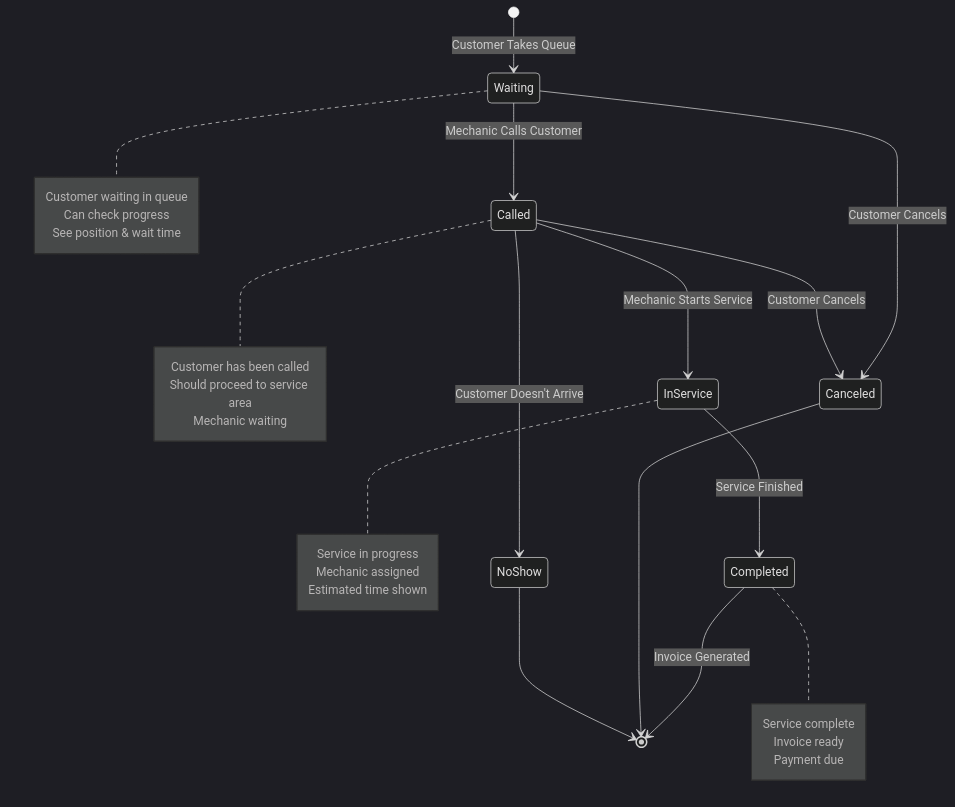
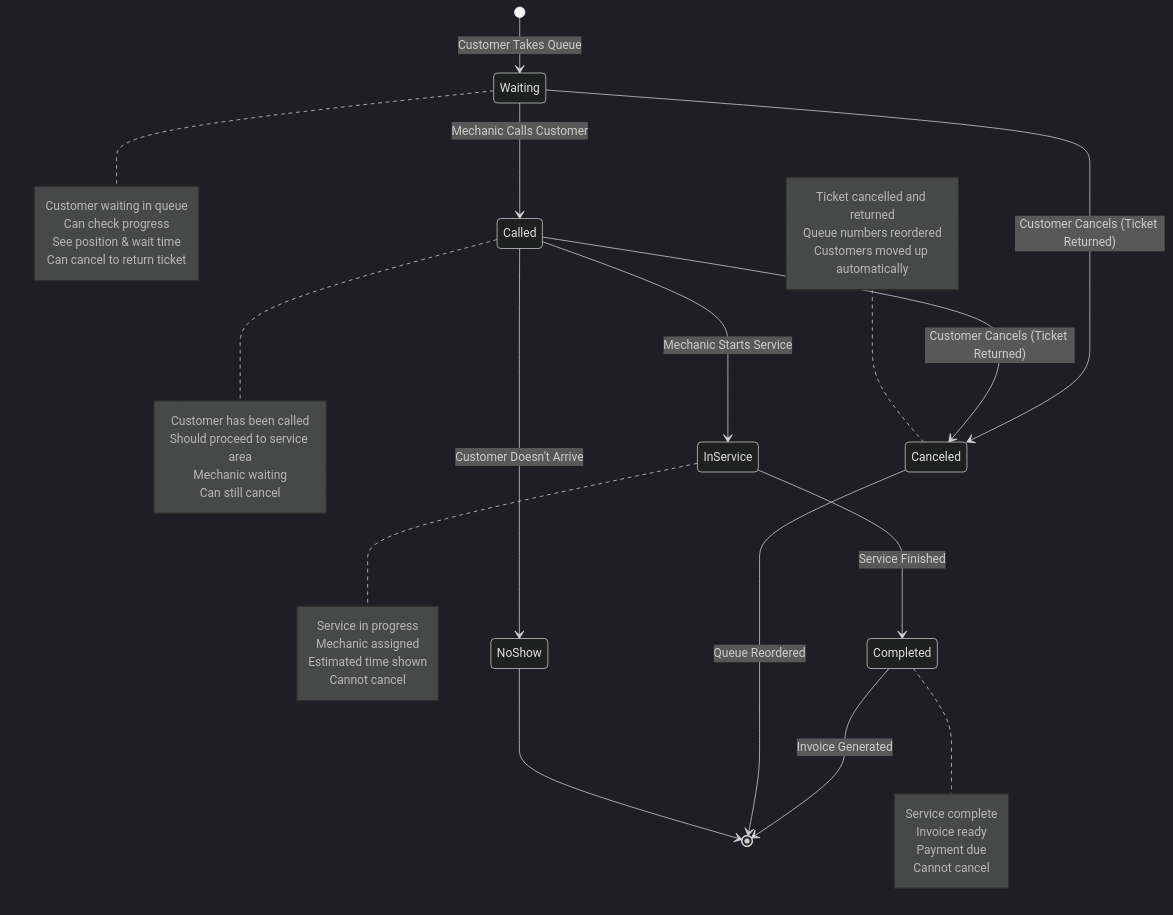
Before and after one commit to kuahbanyak/go-crud: the fifth of 6 diagrams in FLOWCHARTS.md, drawn with Mermaid (dark theme). The commit also changed other lines of this file and 42 other files, not shown here.

````diff
--- a/FLOWCHARTS.md
+++ b/FLOWCHARTS.md
@@ -286,41 +279,51 @@
 ```mermaid
 stateDiagram-v2
     [*] --> Waiting: Customer Takes Queue
     
     Waiting --> Called: Mechanic Calls Customer
-    Waiting --> Canceled: Customer Cancels
+    Waiting --> Canceled: Customer Cancels (Ticket Returned)
     
     Called --> InService: Mechanic Starts Service
     Called --> NoShow: Customer Doesn't Arrive
-    Called --> Canceled: Customer Cancels
+    Called --> Canceled: Customer Cancels (Ticket Returned)
     
     InService --> Completed: Service Finished
     
     Completed --> [*]: Invoice Generated
-    Canceled --> [*]
+    Canceled --> [*]: Queue Reordered
     NoShow --> [*]
     
     note right of Waiting
         Customer waiting in queue
         Can check progress
         See position & wait time
+        Can cancel to return ticket
     end note
     
     note right of Called
         Customer has been called
         Should proceed to service area
         Mechanic waiting
+        Can still cancel
     end note
     
     note right of InService
         Service in progress
         Mechanic assigned
         Estimated time shown
+        Cannot cancel
     end note
     
     note right of Completed
         Service complete
         Invoice ready
         Payment due
+        Cannot cancel
+    end note
+    
+    note left of Canceled
+        Ticket cancelled and returned
+        Queue numbers reordered
+        Customers moved up automatically
     end note
 ```
````
